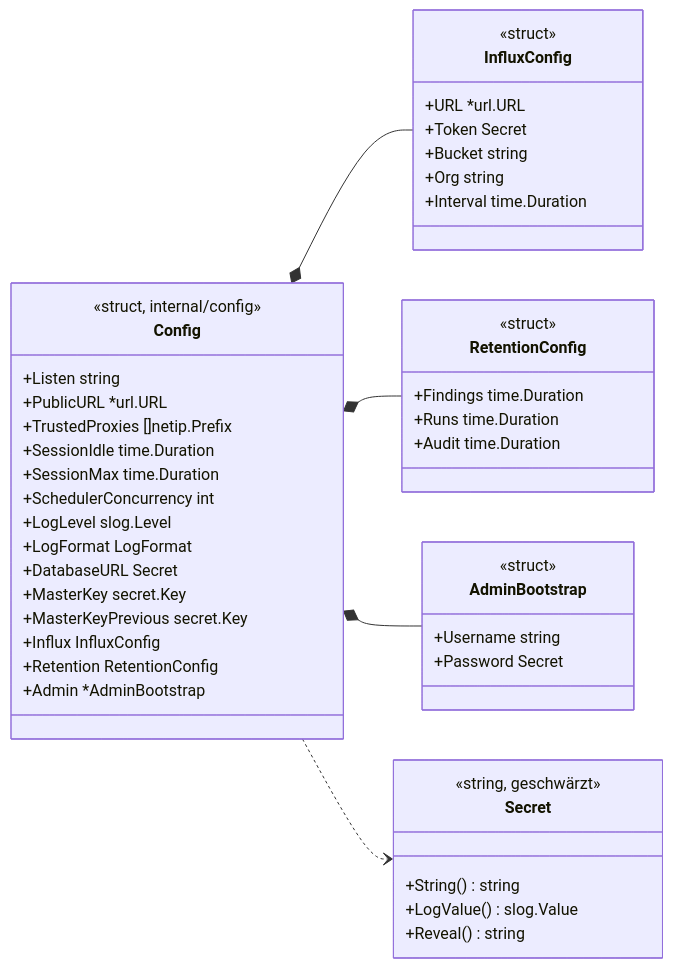
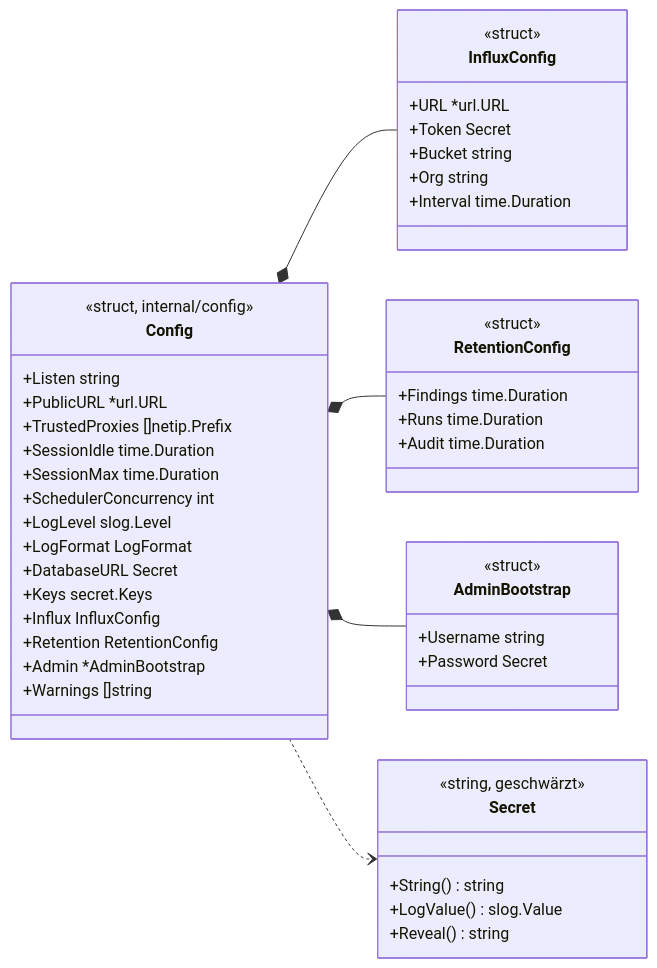
The first of 2 diagrams in docs/contracts/bootstrap.md (lukirs95/monika), drawn with Mermaid before and after one commit. The commit also changed other lines of this file and 6 other files, not shown here.

````diff
--- a/docs/contracts/bootstrap.md
+++ b/docs/contracts/bootstrap.md
@@ -9,52 +9,52 @@
 ```mermaid
 classDiagram
     direction LR
 
     class Config {
         <<struct, internal/config>>
         +Listen string
         +PublicURL *url.URL
         +TrustedProxies []netip.Prefix
         +SessionIdle time.Duration
         +SessionMax time.Duration
         +SchedulerConcurrency int
         +LogLevel slog.Level
         +LogFormat LogFormat
         +DatabaseURL Secret
-        +MasterKey secret.Key
-        +MasterKeyPrevious secret.Key
+        +Keys secret.Keys
         +Influx InfluxConfig
         +Retention RetentionConfig
         +Admin *AdminBootstrap
+        +Warnings []string
     }
     class InfluxConfig {
         <<struct>>
         +URL *url.URL
         +Token Secret
         +Bucket string
         +Org string
         +Interval time.Duration
     }
     class RetentionConfig {
         <<struct>>
         +Findings time.Duration
         +Runs time.Duration
         +Audit time.Duration
     }
     class AdminBootstrap {
         <<struct>>
         +Username string
         +Password Secret
     }
     class Secret {
         <<string, geschwärzt>>
         +String() string
         +LogValue() slog.Value
         +Reveal() string
     }
 
     Config *-- InfluxConfig
     Config *-- RetentionConfig
     Config *-- AdminBootstrap
     Config ..> Secret
 ```
````
